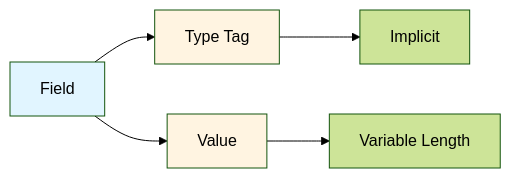
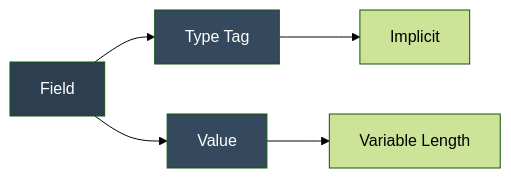
The first of 5 diagrams in Docs/SPECIFICATION.md (Mikedan37/BlazeBinary), drawn with Mermaid (forest theme) before and after one commit. The commit also changed other lines of this file and 11 other files, not shown here.

First line of the commit message:
Improve Mermaid diagrams and code display formatting

````diff
--- a/Docs/SPECIFICATION.md
+++ b/Docs/SPECIFICATION.md
@@ -74,11 +74,11 @@
 ```mermaid
 graph LR
     A[Field] --> B[Type Tag]
     A --> C[Value]
     B --> B1[Implicit]
     C --> C1[Variable Length]
     
-    style A fill:#e1f5ff
-    style B fill:#fff4e1
-    style C fill:#fff4e1
+    style A fill:#2c3e50,color:#ffffff
+    style B fill:#34495e,color:#ffffff
+    style C fill:#34495e,color:#ffffff
 ```
````
